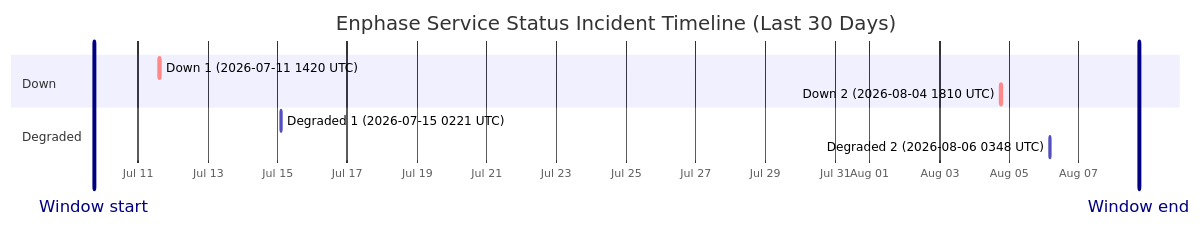
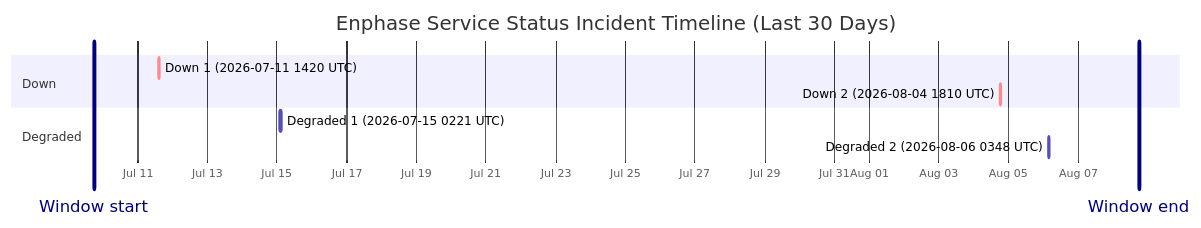
The diagram in wiki/Service-Status-History.md (barneyonline/ha-enphase-energy), drawn with Mermaid before and after one commit. The commit also changed other lines of this file and 3 other files, not shown here.

````diff
--- a/wiki/Service-Status-History.md
+++ b/wiki/Service-Status-History.md
@@ -14,14 +14,14 @@
 ```mermaid
 gantt
     title Enphase Service Status Incident Timeline (Last 30 Days)
     dateFormat  YYYY-MM-DDTHH:mm:ss
     axisFormat  %b %d
-    Window start :vert, window-start, 2026-07-09T17:28:06, 0ms
-    Window end :vert, window-end, 2026-08-08T17:28:06, 0ms
+    Window start :vert, window-start, 2026-07-09T17:58:52, 0ms
+    Window end :vert, window-end, 2026-08-08T17:58:52, 0ms
     section Down
     Down 1 (2026-07-11 1420 UTC) :crit, down-1, 2026-07-11T14:20:54, 69m
     Down 2 (2026-08-04 1810 UTC) :crit, down-2, 2026-08-04T18:10:46, 60m
     section Degraded
     Degraded 1 (2026-07-15 0221 UTC) :active, degraded-1, 2026-07-15T02:21:35, 60m
     Degraded 2 (2026-08-06 0348 UTC) :active, degraded-2, 2026-08-06T03:48:14, 60m
 ```
````
